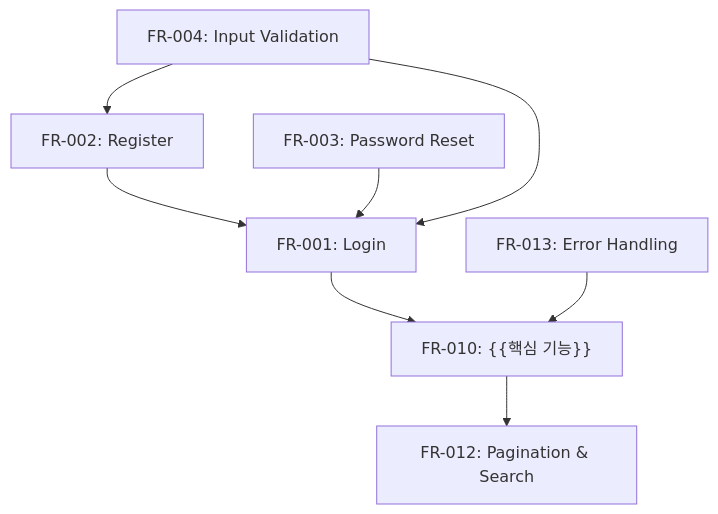
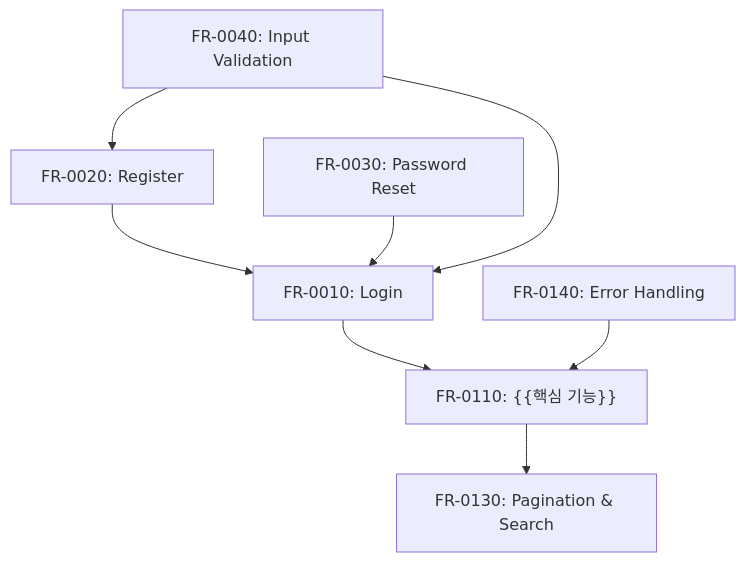
Before and after one commit to upleat-ax/u-maker-plugin: the first of 3 diagrams in templates/01-plan/1_SRS_RA.template.md, drawn with Mermaid. The commit also changed other lines of this file and 214 other files, not shown here.

````diff
--- a/templates/01-plan/1_SRS_RA.template.md
+++ b/templates/01-plan/1_SRS_RA.template.md
@@ -204,10 +183,10 @@
 ```mermaid
 flowchart TD
-    FR001["FR-001: Login"] --> FR010["FR-010: {{핵심 기능}}"]
-    FR002["FR-002: Register"] --> FR001
-    FR003["FR-003: Password Reset"] --> FR001
-    FR004["FR-004: Input Validation"] --> FR001
-    FR004 --> FR002
-    FR010 --> FR012["FR-012: Pagination & Search"]
-    FR013["FR-013: Error Handling"] --> FR010
+    FR010["FR-0010: Login"] --> FR110["FR-0110: {{핵심 기능}}"]
+    FR020["FR-0020: Register"] --> FR010
+    FR030["FR-0030: Password Reset"] --> FR010
+    FR040["FR-0040: Input Validation"] --> FR010
+    FR040 --> FR020
+    FR110 --> FR130["FR-0130: Pagination & Search"]
+    FR140["FR-0140: Error Handling"] --> FR110
 ```
````
